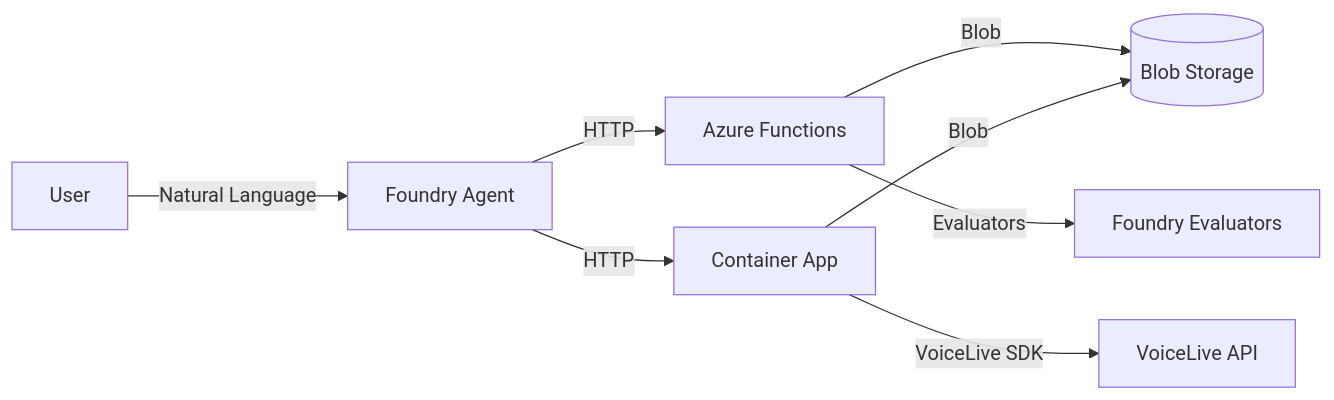
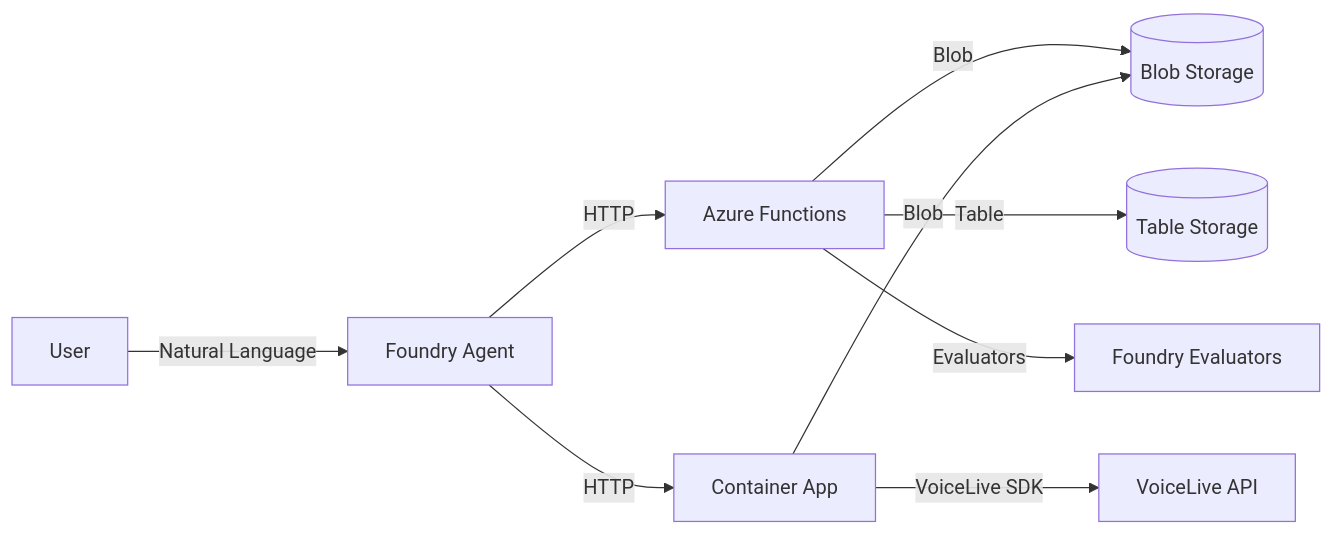
One commit to microsoft-foundry/voicelive-evaluation changed the diagram in evaluation_agent_v3/README.md. Above: the diagram before and after it, drawn with Mermaid. The commit also changed other lines of this file and 3 other files, not shown here.

````diff
--- a/evaluation_agent_v3/README.md
+++ b/evaluation_agent_v3/README.md
@@ -13,10 +14,11 @@
 ```mermaid
 graph LR
     User -->|Natural Language| Agent[Foundry Agent]
     Agent -->|HTTP| Functions[Azure Functions]
     Agent -->|HTTP| CA[Container App]
     Functions -->|Blob| Storage[(Blob Storage)]
+    Functions -->|Table| Tables[(Table Storage)]
     CA -->|VoiceLive SDK| VL[VoiceLive API]
     CA -->|Blob| Storage
     Functions -->|Evaluators| Foundry[Foundry Evaluators]
 ```
````
